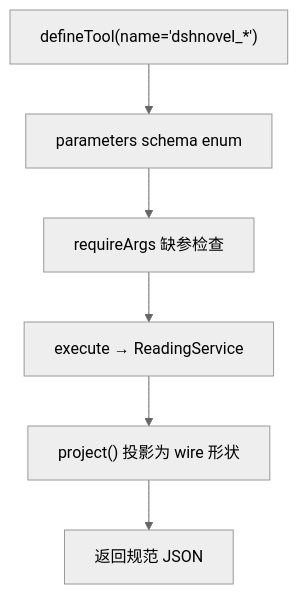
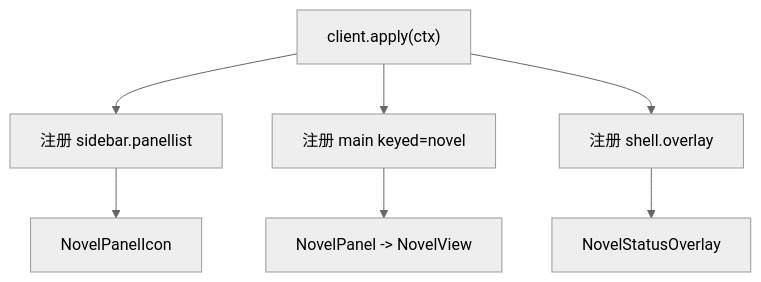
Before and after one commit to xrn1997/dsh-novel: the seventh of 9 diagrams in .qoder/repowiki/zh/content/架构总览.md, drawn with Mermaid (neutral theme). The commit also changed other lines of this file and 73 other files, not shown here.

````diff
--- a/.qoder/repowiki/zh/content/架构总览.md
+++ b/.qoder/repowiki/zh/content/架构总览.md
@@ -265,8 +280,9 @@
 ```mermaid
 flowchart TD
-  Define["defineTool(name='dshnovel_*')"] --> Schema["parameters schema enum"]
-  Schema --> Validate["requireArgs 缺参检查"]
-  Validate --> Execute["execute → ReadingService"]
-  Execute --> Project["project() 投影为 wire 形状"]
-  Project --> Return["返回规范 JSON"]
+  Apply["client.apply(ctx)"] --> RegisterIcon["注册 sidebar.panellist"]
+  Apply --> RegisterPanel["注册 main keyed=novel"]
+  Apply --> RegisterOverlay["注册 shell.overlay"]
+  RegisterIcon --> Icon["NovelPanelIcon"]
+  RegisterPanel --> Panel["NovelPanel -> NovelView"]
+  RegisterOverlay --> Status["NovelStatusOverlay"]
 ```
````
